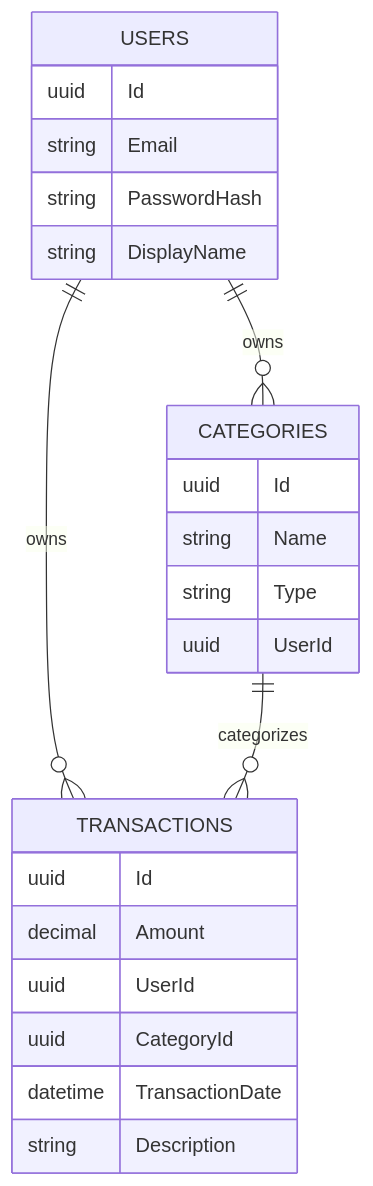
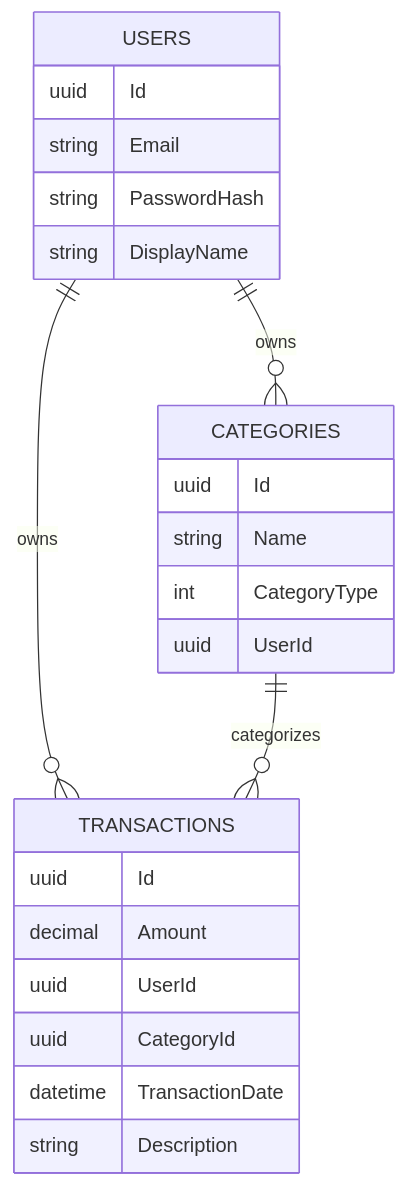
The fourth of 4 diagrams in backend/README.md (handyana05/expenses-tracker), drawn with Mermaid before and after one commit. The commit also changed other lines of this file and 2 other files, not shown here.

Commit message:
adjust architecture uml diagrams

````diff
--- a/backend/README.md
+++ b/backend/README.md
@@ -241,29 +247,29 @@
 ```mermaid
 erDiagram
     USERS { 
         uuid Id 
         string Email 
         string PasswordHash 
         string DisplayName 
     } 
     
     CATEGORIES { 
         uuid Id 
         string Name 
-        string Type 
+        int CategoryType
         uuid UserId 
     } 
     
     TRANSACTIONS { 
         uuid Id 
         decimal Amount 
         uuid UserId 
         uuid CategoryId 
         datetime TransactionDate 
         string Description 
     } 
     
     USERS ||--o{ CATEGORIES : owns 
     USERS ||--o{ TRANSACTIONS : owns 
     CATEGORIES ||--o{ TRANSACTIONS : categorizes
 ```
````
